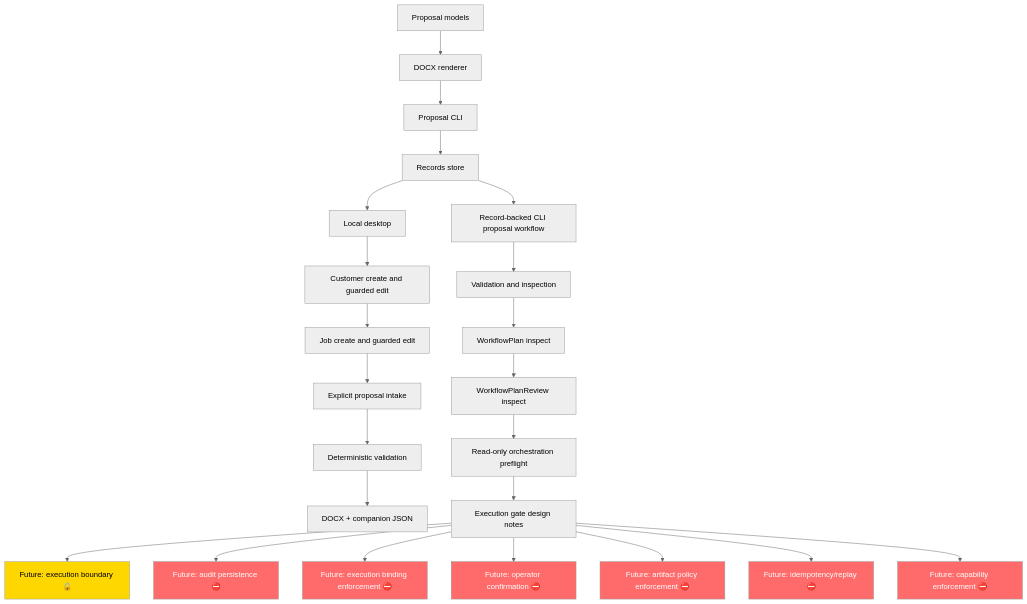
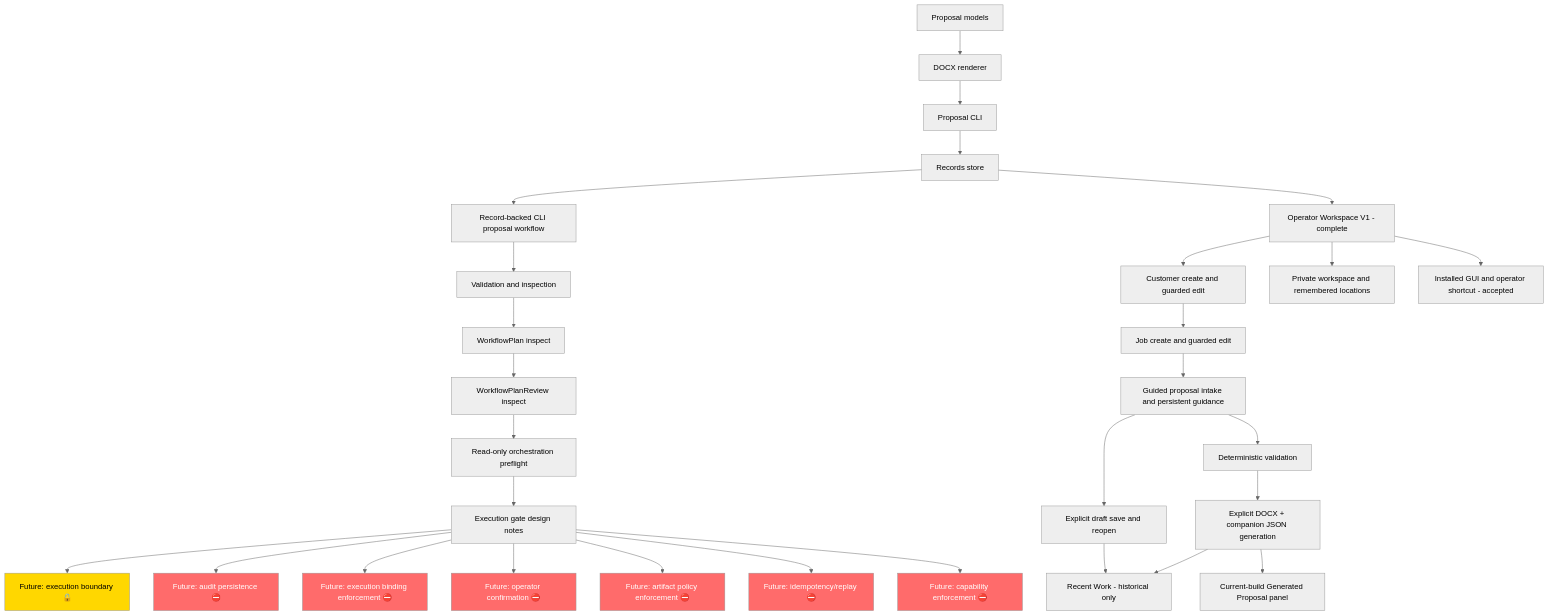
One commit to Phoenix-AI-Platform/phoenix-office changed the diagram in docs/development/progress_dashboard.md. Above: the diagram before and after it, drawn with Mermaid (neutral theme). The commit also changed other lines of this file and 1 other file, not shown here.

````diff
--- a/docs/development/progress_dashboard.md
+++ b/docs/development/progress_dashboard.md
@@ -67,36 +90,42 @@
 ```mermaid
 flowchart TD
     A[Proposal models] --> B[DOCX renderer]
     B --> C[Proposal CLI]
     C --> D[Records store]
     D --> E[Record-backed CLI proposal workflow]
     E --> F[Validation and inspection]
 
-    D --> R[Local desktop]
+    D --> R[Operator Workspace V1 - complete]
     R --> S[Customer create and guarded edit]
     S --> T[Job create and guarded edit]
-    T --> U[Explicit proposal intake]
+    T --> U[Guided proposal intake and persistent guidance]
+    R --> X[Private workspace and remembered locations]
+    U --> Y[Explicit draft save and reopen]
     U --> V[Deterministic validation]
-    V --> W[DOCX + companion JSON]
+    V --> W[Explicit DOCX + companion JSON generation]
+    W --> Z[Current-build Generated Proposal panel]
+    Y --> RW[Recent Work - historical only]
+    W --> RW
+    R --> WIN[Installed GUI and operator shortcut - accepted]
 
     F --> G[WorkflowPlan inspect]
     G --> H[WorkflowPlanReview inspect]
     H --> I[Read-only orchestration preflight]
     I --> J[Execution gate design notes]
     J --> K[Future: execution boundary 🔒]
 
     J --> L[Future: audit persistence ⛔]
     J --> M[Future: execution binding enforcement ⛔]
     J --> N[Future: operator confirmation ⛔]
     J --> O[Future: artifact policy enforcement ⛔]
     J --> P[Future: idempotency/replay ⛔]
     J --> Q[Future: capability enforcement ⛔]
 
     style K fill:#ffd700,color:#000
     style L fill:#ff6b6b,color:#fff
     style M fill:#ff6b6b,color:#fff
     style N fill:#ff6b6b,color:#fff
     style O fill:#ff6b6b,color:#fff
     style P fill:#ff6b6b,color:#fff
     style Q fill:#ff6b6b,color:#fff
 ```
````
